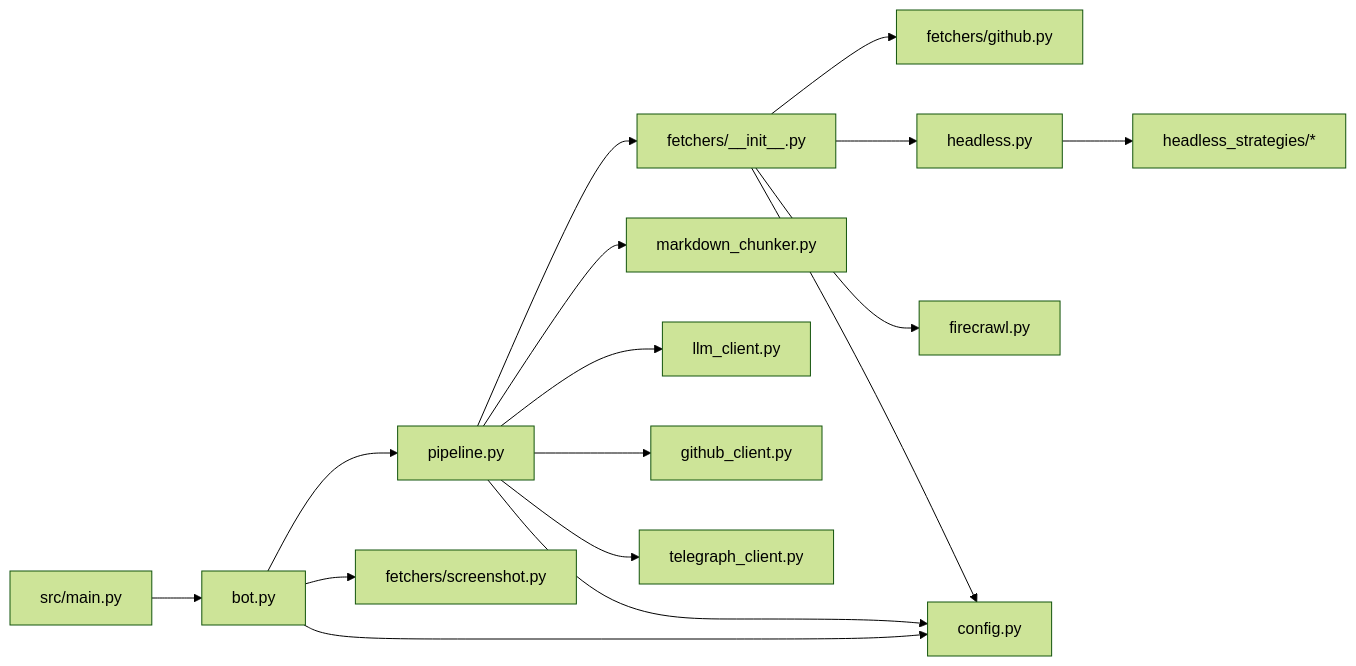
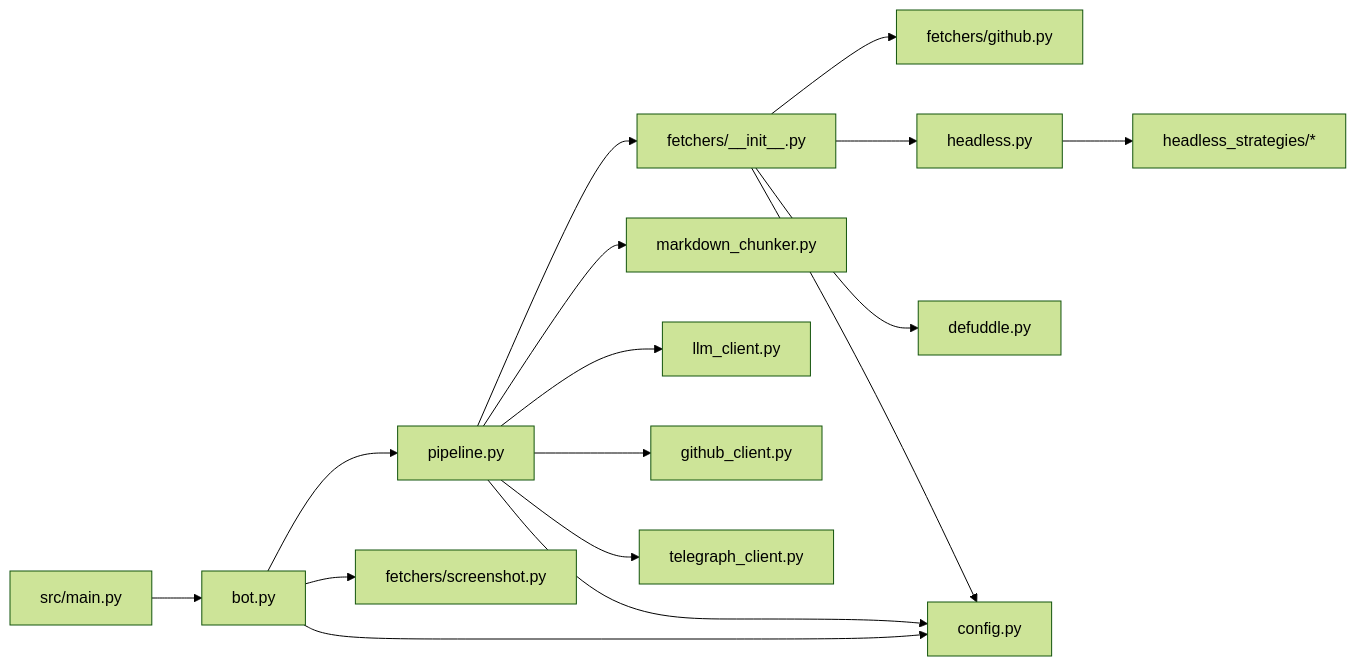
One commit to tiaot33/websum-to-git changed the first of 2 diagrams in src/websum_to_git/CLAUDE.md. Above: the diagram before and after it, drawn with Mermaid (forest theme). The commit also changed other lines of this file and 20 other files, not shown here.

First line of the commit message:
♻️ refactor(fetchers): 将 Firecrawl 替换为 Defuddle 并新增 URL 追踪参数清理

````diff
--- a/src/websum_to_git/CLAUDE.md
+++ b/src/websum_to_git/CLAUDE.md
@@ -12,30 +12,30 @@
 ```mermaid
 graph LR
     MAIN[src/main.py]
     BOT[bot.py]
     PIPE[pipeline.py]
     FETCH[fetchers/__init__.py]
     HEAD[headless.py]
     STRAT[headless_strategies/*]
-    FIRE[firecrawl.py]
+    DEFUDDLE[defuddle.py]
     GH_FETCH[fetchers/github.py]
     SHOT[fetchers/screenshot.py]
     CHUNK[markdown_chunker.py]
     LLM[llm_client.py]
     GH[github_client.py]
     TELE[telegraph_client.py]
     CFG[config.py]
 
     MAIN --> BOT --> PIPE
     PIPE --> FETCH --> GH_FETCH
     FETCH --> HEAD --> STRAT
-    FETCH --> FIRE
+    FETCH --> DEFUDDLE
     PIPE --> CHUNK
     PIPE --> LLM
     PIPE --> GH
     PIPE --> TELE
     BOT --> SHOT
     BOT --> CFG
     PIPE --> CFG
     FETCH --> CFG
 ```
````
